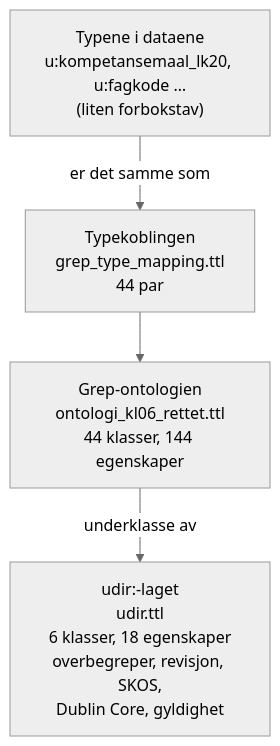
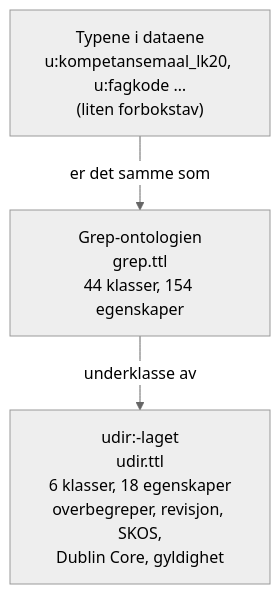
The diagram in docs/ontologi/oversikt.md (aremjolsnes/grep-jena-fuseki), drawn with Mermaid (neutral theme) before and after one commit. The commit also changed other lines of this file and 14 other files, not shown here.

First line of the commit message:
Ontologi: én håndvedlikeholdt grep.ttl i stedet for original + rettet utgave

````diff
--- a/docs/ontologi/oversikt.md
+++ b/docs/ontologi/oversikt.md
@@ -24,9 +24,8 @@
 ```mermaid
 flowchart TB
   data["Typene i dataene<br/>u:kompetansemaal_lk20, u:fagkode …<br/>(liten forbokstav)"]
-  map["Typekoblingen<br/>grep_type_mapping.ttl<br/>44 par"]
-  grep["Grep-ontologien<br/>ontologi_kl06_rettet.ttl<br/>44 klasser, 144 egenskaper"]
+  grep["Grep-ontologien<br/>grep.ttl<br/>44 klasser, 154 egenskaper"]
   udir["udir:-laget<br/>udir.ttl<br/>6 klasser, 18 egenskaper<br/>overbegreper, revisjon, SKOS,<br/>Dublin Core, gyldighet"]
-  data -- "er det samme som" --> map --> grep
+  data -- "er det samme som" --> grep
   grep -- "underklasse av" --> udir
 ```
````
